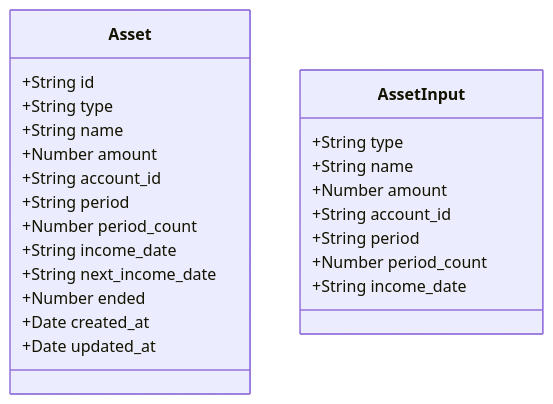
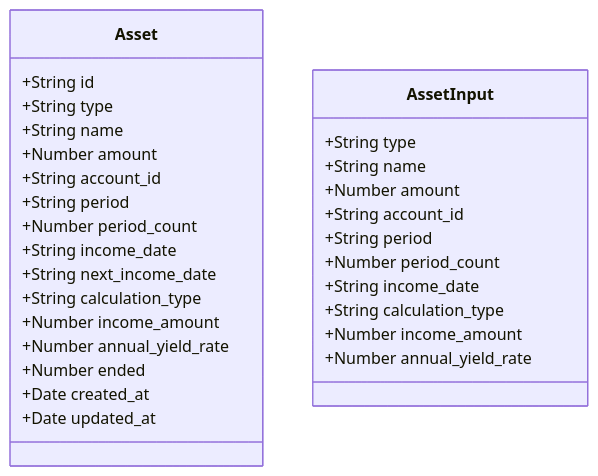
Before and after one commit to xiao-lin-unit/yuan: diagram 12 of 17 in .qoder/repowiki/zh/content/资产管理/资产总览.md, drawn with Mermaid. The commit also changed other lines of this file and 14 other files, not shown here.

````diff
--- a/.qoder/repowiki/zh/content/资产管理/资产总览.md
+++ b/.qoder/repowiki/zh/content/资产管理/资产总览.md
@@ -597,26 +517,32 @@
 ```mermaid
 classDiagram
 class Asset {
 +String id
 +String type
 +String name
 +Number amount
 +String account_id
 +String period
 +Number period_count
 +String income_date
 +String next_income_date
++String calculation_type
++Number income_amount
++Number annual_yield_rate
 +Number ended
 +Date created_at
 +Date updated_at
 }
 class AssetInput {
 +String type
 +String name
 +Number amount
 +String account_id
 +String period
 +Number period_count
 +String income_date
++String calculation_type
++Number income_amount
++Number annual_yield_rate
 }
 ```
````
